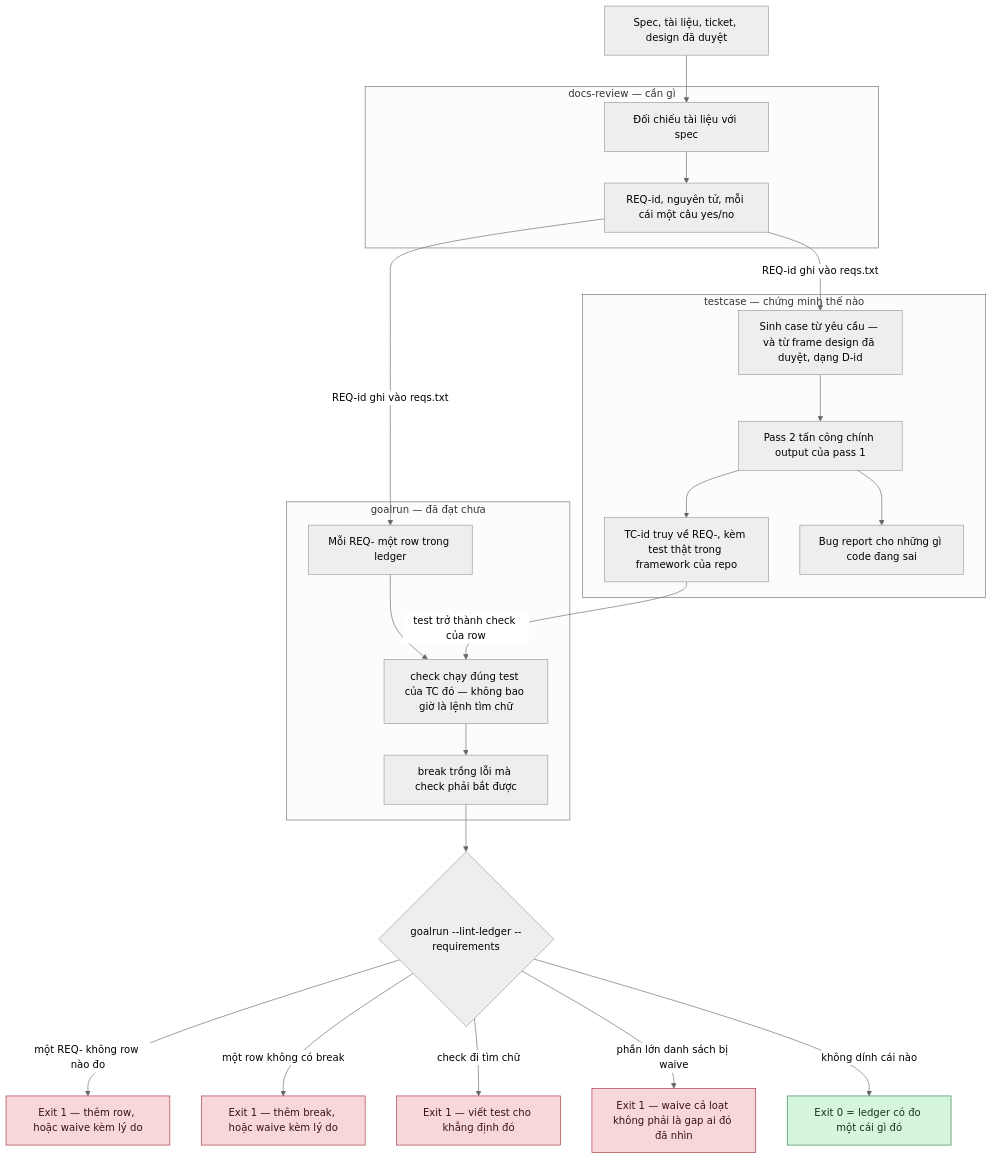
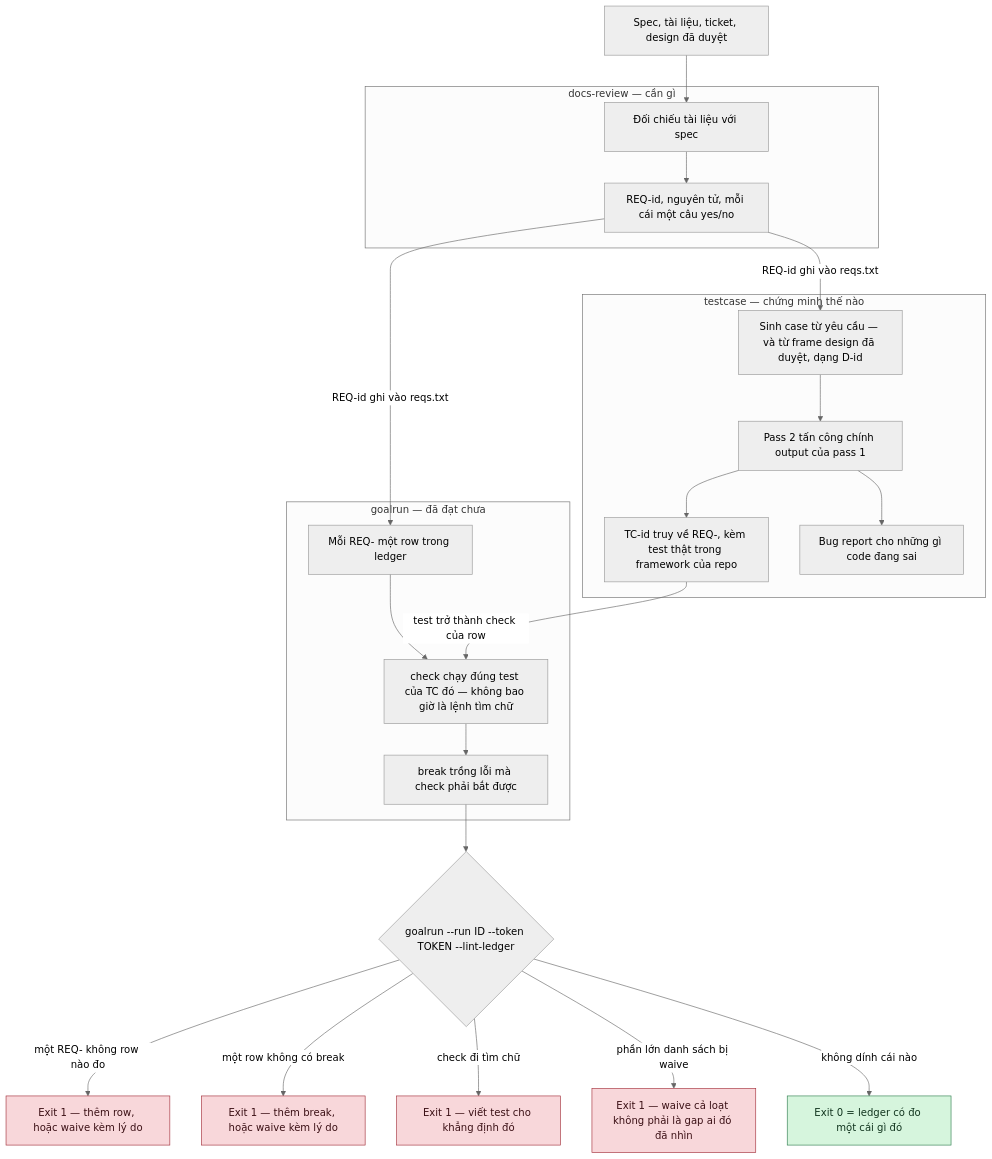
The first of 4 diagrams in docs/how-it-works.vi.md (xtieume/testcase), drawn with Mermaid (neutral theme) before and after one commit. The commit also changed other lines of this file and 24 other files, not shown here.

````diff
--- a/docs/how-it-works.vi.md
+++ b/docs/how-it-works.vi.md
@@ -13,46 +14,46 @@
 ```mermaid
 flowchart TD
     SPEC["Spec, tài liệu, ticket, design đã duyệt"]
 
     subgraph DR["docs-review — cần gì"]
         DR1["Đối chiếu tài liệu với spec"]
         DR2["REQ-id, nguyên tử, mỗi cái một câu yes/no"]
         DR1 --> DR2
     end
 
     subgraph TC["testcase — chứng minh thế nào"]
         TC1["Sinh case từ yêu cầu — và từ frame design đã duyệt, dạng D-id"]
         TC2["Pass 2 tấn công chính output của pass 1"]
         TC3["TC-id truy về REQ-, kèm test thật trong framework của repo"]
         TC4["Bug report cho những gì code đang sai"]
         TC1 --> TC2 --> TC3
         TC2 --> TC4
     end
 
     subgraph GR["goalrun — đã đạt chưa"]
         GR1["Mỗi REQ- một row trong ledger"]
         GR2["check chạy đúng test của TC đó — không bao giờ là lệnh tìm chữ"]
         GR3["break trồng lỗi mà check phải bắt được"]
         GR1 --> GR2 --> GR3
     end
 
-    GATE{"goalrun --lint-ledger --requirements"}
+    GATE{"goalrun --run ID --token TOKEN --lint-ledger"}
     OUT["Exit 0 = ledger có đo một cái gì đó"]
 
     SPEC --> DR1
     DR2 -->|"REQ-id ghi vào reqs.txt"| TC1
     DR2 -->|"REQ-id ghi vào reqs.txt"| GR1
     TC3 -->|"test trở thành check của row"| GR2
     GR3 --> GATE
     GATE -->|"một REQ- không row nào đo"| FAIL1["Exit 1 — thêm row, hoặc waive kèm lý do"]
     GATE -->|"một row không có break"| FAIL2["Exit 1 — thêm break, hoặc waive kèm lý do"]
     GATE -->|"check đi tìm chữ"| FAIL3["Exit 1 — viết test cho khẳng định đó"]
     GATE -->|"phần lớn danh sách bị waive"| FAIL4["Exit 1 — waive cả loạt không phải là gap ai đó đã nhìn"]
     GATE -->|"không dính cái nào"| OUT
 
     style OUT fill:#d6f5dd,stroke:#2f7d4f,color:#12351f
     style FAIL1 fill:#f8d7da,stroke:#a3303b,color:#3b1015
     style FAIL2 fill:#f8d7da,stroke:#a3303b,color:#3b1015
     style FAIL3 fill:#f8d7da,stroke:#a3303b,color:#3b1015
     style FAIL4 fill:#f8d7da,stroke:#a3303b,color:#3b1015
 ```
````
